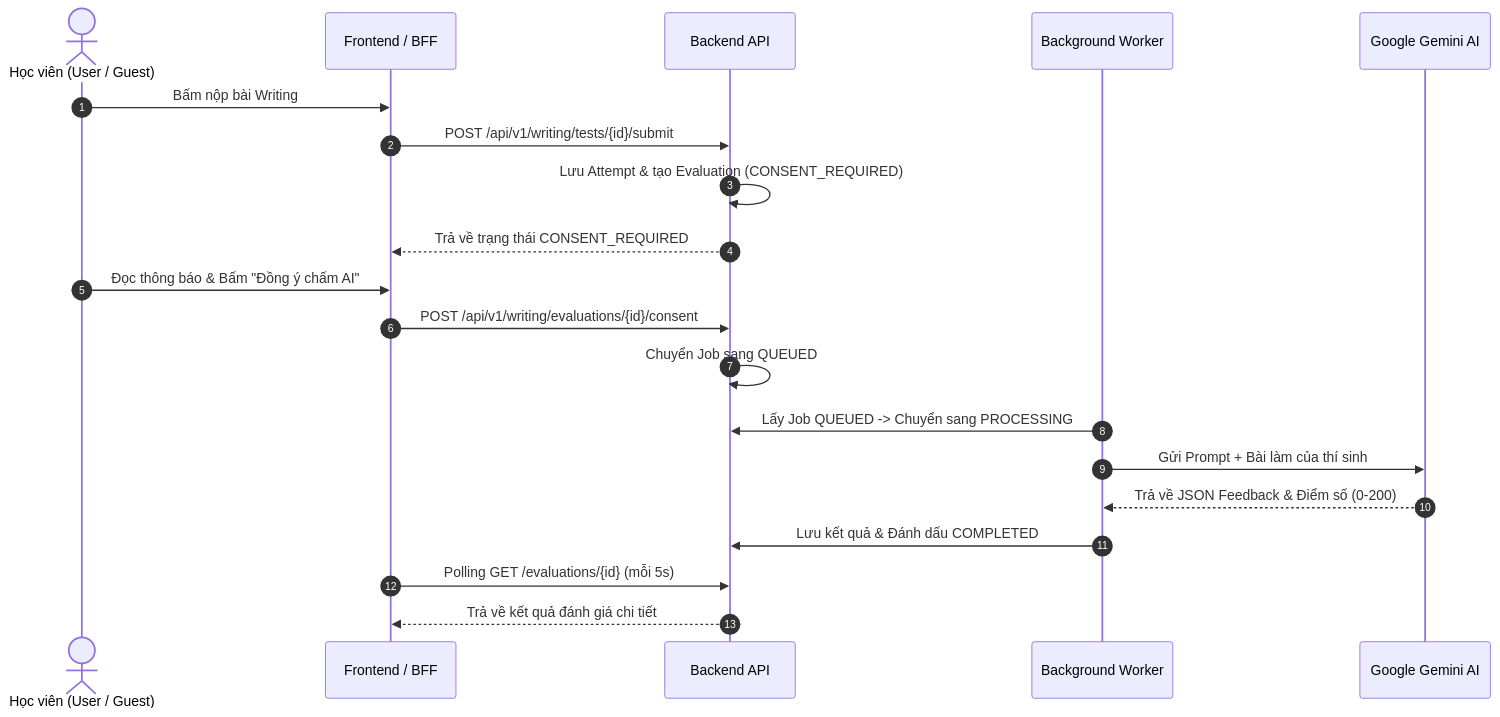
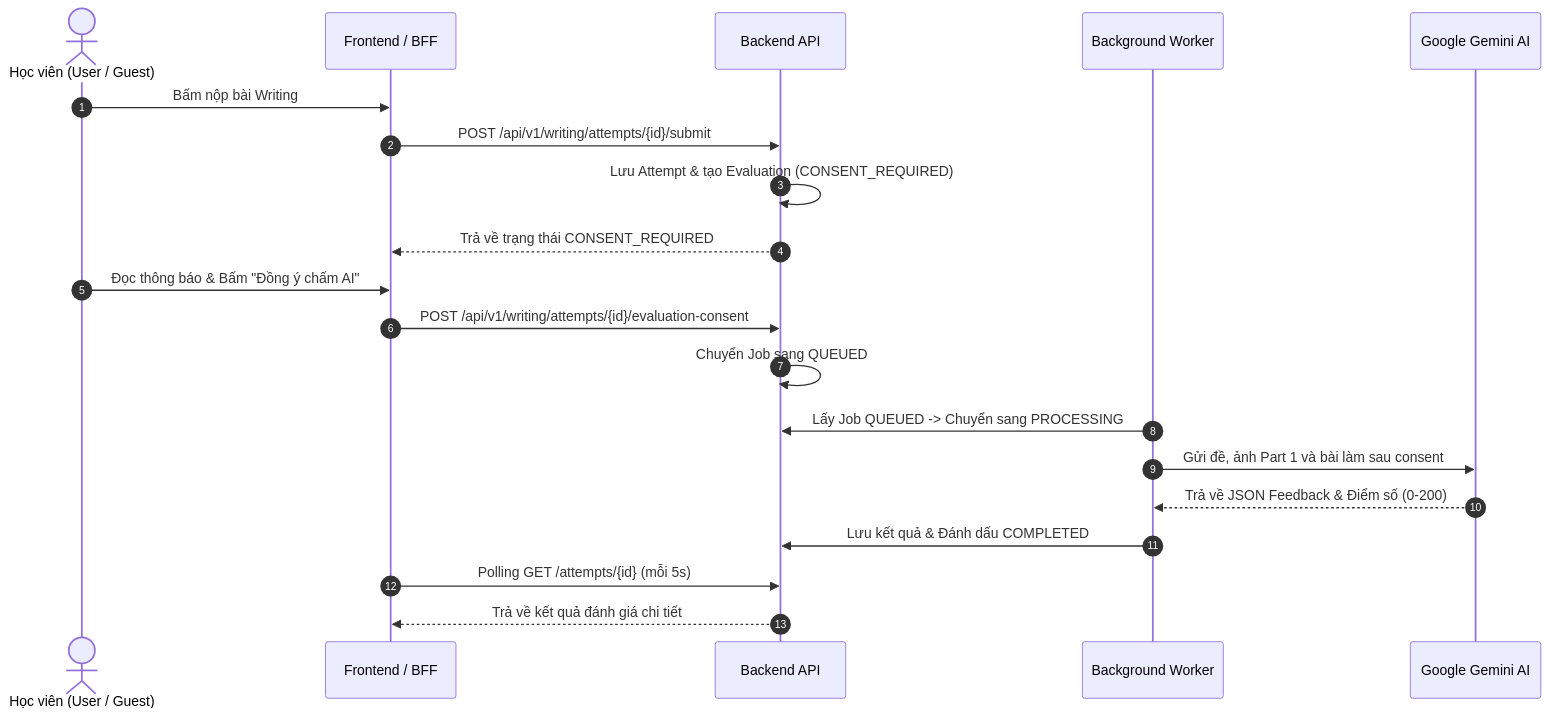
Before and after one commit to karasuma-2401/TOEICMaster-BE: the diagram in docs/features/writing/spec.md, drawn with Mermaid. The commit also changed other lines of this file and 53 other files, not shown here.

Commit message:
feat(writing): support independent tests and AI practice

````diff
--- a/docs/features/writing/spec.md
+++ b/docs/features/writing/spec.md
@@ -55,23 +56,23 @@
 ```mermaid
 sequenceDiagram
     autonumber
     actor User as Học viên (User / Guest)
     participant FE as Frontend / BFF
     participant API as Backend API
     participant Worker as Background Worker
     participant Gemini as Google Gemini AI
 
     User->>FE: Bấm nộp bài Writing
-    FE->>API: POST /api/v1/writing/tests/{id}/submit
+    FE->>API: POST /api/v1/writing/attempts/{id}/submit
     API->>API: Lưu Attempt & tạo Evaluation (CONSENT_REQUIRED)
     API-->>FE: Trả về trạng thái CONSENT_REQUIRED
     User->>FE: Đọc thông báo & Bấm "Đồng ý chấm AI"
-    FE->>API: POST /api/v1/writing/evaluations/{id}/consent
+    FE->>API: POST /api/v1/writing/attempts/{id}/evaluation-consent
     API->>API: Chuyển Job sang QUEUED
     Worker->>API: Lấy Job QUEUED -> Chuyển sang PROCESSING
-    Worker->>Gemini: Gửi Prompt + Bài làm của thí sinh
+    Worker->>Gemini: Gửi đề, ảnh Part 1 và bài làm sau consent
     Gemini-->>Worker: Trả về JSON Feedback & Điểm số (0-200)
     Worker->>API: Lưu kết quả & Đánh dấu COMPLETED
-    FE->>API: Polling GET /evaluations/{id} (mỗi 5s)
+    FE->>API: Polling GET /attempts/{id} (mỗi 5s)
     API-->>FE: Trả về kết quả đánh giá chi tiết
 ```
````
